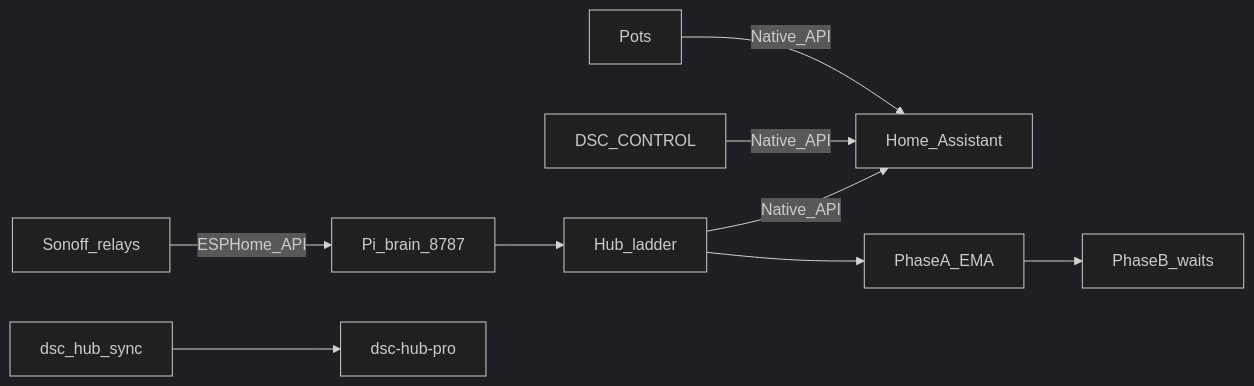
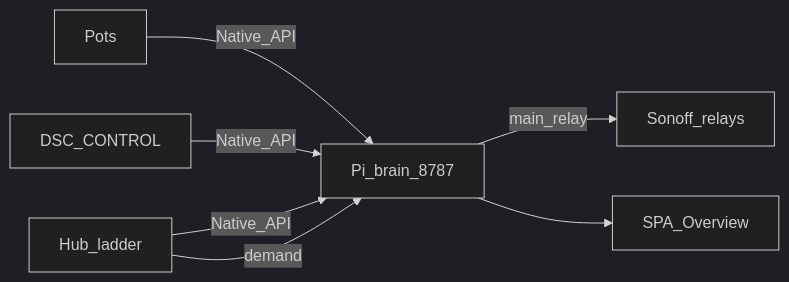
Before and after one commit to weddas/DSC-HUB: the diagram in README.md, drawn with Mermaid (dark theme). The commit also changed other lines of this file and 11 other files, not shown here.

````diff
--- a/README.md
+++ b/README.md
@@ -33,10 +33,9 @@
 ```mermaid
 flowchart LR
-  Pots[Pots] -->|Native_API| HA[Home_Assistant]
-  Panel[DSC_CONTROL] -->|Native_API| HA
-  Hub[Hub_ladder] -->|Native_API| HA
-  Sonoffs[Sonoff_relays] -->|ESPHome_API| Brain[Pi_brain_8787]
-  Brain --> Hub
-  Hub --> LearnA[PhaseA_EMA] --> LearnB[PhaseB_waits]
-  Sync[dsc_hub_sync] --> Pro[dsc-hub-pro]
+  Pots[Pots] -->|Native_API| Brain[Pi_brain_8787]
+  Panel[DSC_CONTROL] -->|Native_API| Brain
+  Hub[Hub_ladder] -->|Native_API| Brain
+  Brain -->|main_relay| Sonoffs[Sonoff_relays]
+  Hub -->|demand| Brain
+  Brain --> SPA[SPA_Overview]
 ```
````
